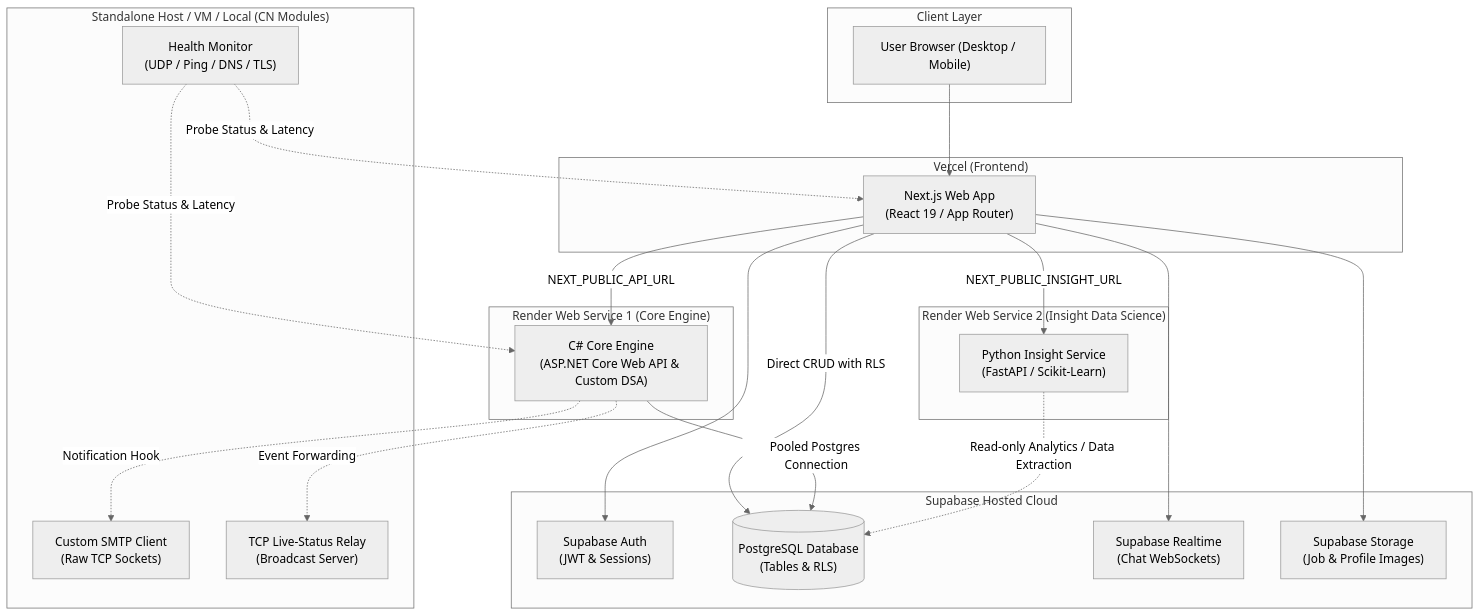
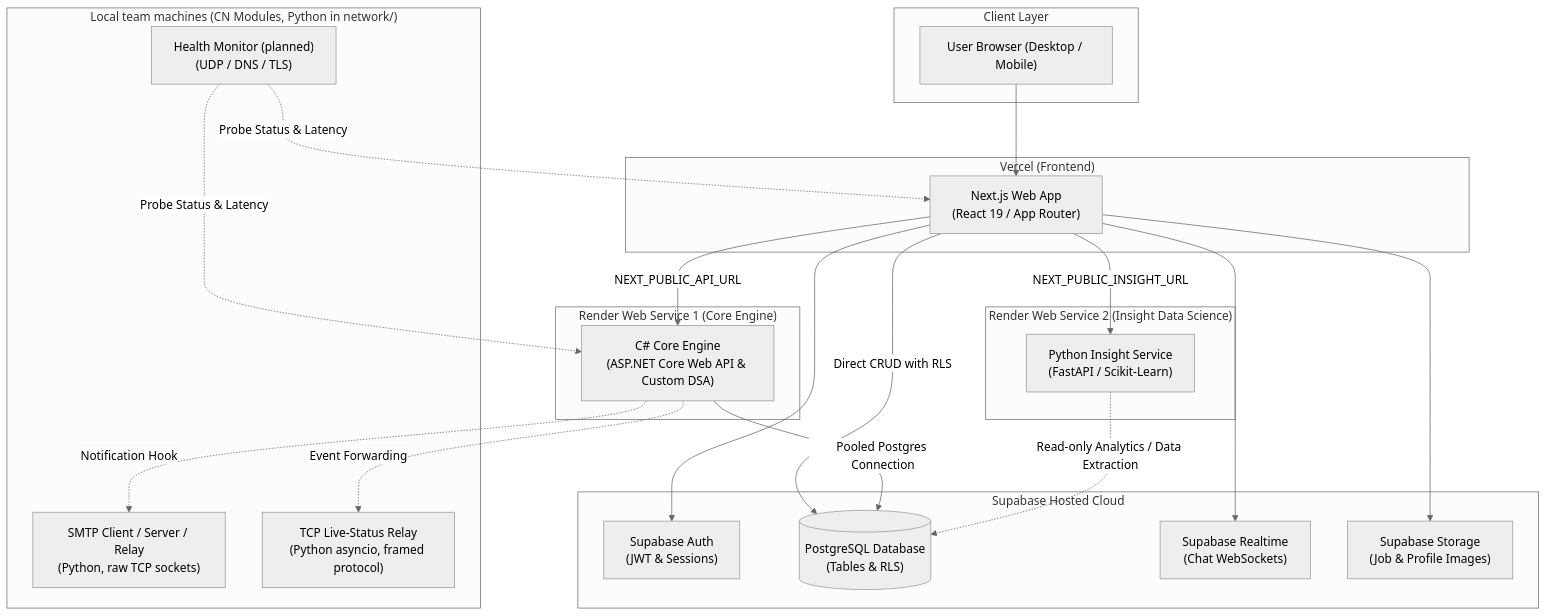
Before and after one commit to dsimsaad/prolink: the diagram in README.md, drawn with Mermaid (neutral theme). The commit also changed other lines of this file and 6 other files, not shown here.

````diff
--- a/README.md
+++ b/README.md
@@ -84,52 +84,52 @@
 ```mermaid
 flowchart TD
     subgraph Clients["Client Layer"]
         Browser["User Browser (Desktop / Mobile)"]
     end
 
     subgraph VercelWeb["Vercel (Frontend)"]
         NextJS["Next.js Web App\n(React 19 / App Router)"]
     end
 
     subgraph SupabaseCloud["Supabase Hosted Cloud"]
         SupaAuth["Supabase Auth\n(JWT & Sessions)"]
         SupaDB[("PostgreSQL Database\n(Tables & RLS)")]
         SupaRealtime["Supabase Realtime\n(Chat WebSockets)"]
         SupaStorage["Supabase Storage\n(Job & Profile Images)"]
     end
 
     subgraph RenderAPI["Render Web Service 1 (Core Engine)"]
         CSharpAPI["C# Core Engine\n(ASP.NET Core Web API & Custom DSA)"]
     end
 
     subgraph RenderInsight["Render Web Service 2 (Insight Data Science)"]
         PythonAPI["Python Insight Service\n(FastAPI / Scikit-Learn)"]
     end
 
-    subgraph StandaloneNetwork["Standalone Host / VM / Local (CN Modules)"]
-        SMTPClient["Custom SMTP Client\n(Raw TCP Sockets)"]
-        HealthMon["Health Monitor\n(UDP / Ping / DNS / TLS)"]
-        TCPRelay["TCP Live-Status Relay\n(Broadcast Server)"]
+    subgraph StandaloneNetwork["Local team machines (CN Modules, Python in network/)"]
+        SMTPClient["SMTP Client / Server / Relay\n(Python, raw TCP sockets)"]
+        HealthMon["Health Monitor (planned)\n(UDP / DNS / TLS)"]
+        TCPRelay["TCP Live-Status Relay\n(Python asyncio, framed protocol)"]
     end
 
     %% Client communication
     Browser --> NextJS
 
     %% Next.js direct communications
     NextJS --> SupaAuth
     NextJS --> SupaRealtime
     NextJS --> SupaStorage
     NextJS -->|Direct CRUD with RLS| SupaDB
     NextJS -->|NEXT_PUBLIC_API_URL| CSharpAPI
     NextJS -->|NEXT_PUBLIC_INSIGHT_URL| PythonAPI
 
     %% Backend database access
     CSharpAPI -->|Pooled Postgres Connection| SupaDB
     PythonAPI -.->|Read-only Analytics / Data Extraction| SupaDB
 
     %% Beside-product CN communications
     CSharpAPI -.->|Notification Hook| SMTPClient
     HealthMon -.->|Probe Status & Latency| CSharpAPI
     HealthMon -.->|Probe Status & Latency| NextJS
     CSharpAPI -.->|Event Forwarding| TCPRelay
 ```
````
